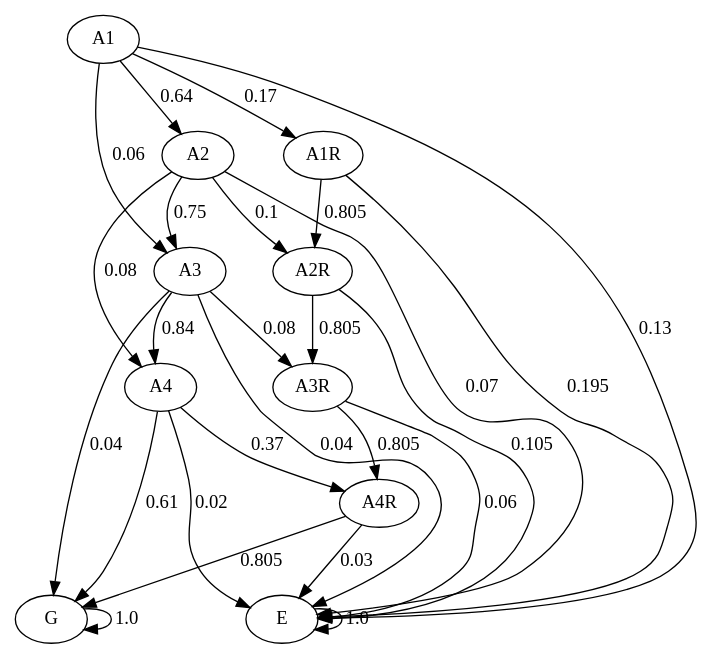
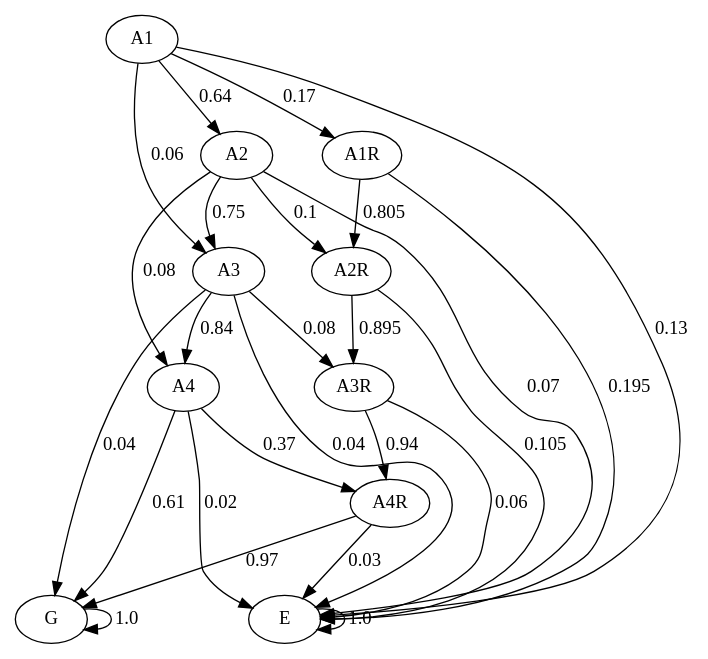
Before and after one commit to JulianaFerreira/educacao: the diagram in graph/markov.dot, drawn with Graphviz. The commit also changed 10 other files, not shown here.

```diff
--- a/graph/markov.dot
+++ b/graph/markov.dot
@@ -1,37 +1,37 @@
 digraph  {
 A1;
 A2;
 A3;
 A4;
 A1R;
 A2R;
 A3R;
 A4R;
 G;
 E;
 A1 -> A2  [key=0, label="0.64", weight="0.64"];
 A1 -> A3  [key=0, label="0.06", weight="0.06"];
 A1 -> A1R  [key=0, label="0.17", weight="0.17"];
 A1 -> E  [key=0, label="0.13", weight="0.13"];
 A2 -> A3  [key=0, label="0.75", weight="0.75"];
 A2 -> A4  [key=0, label="0.08", weight="0.08"];
 A2 -> A2R  [key=0, label="0.1", weight="0.1"];
 A2 -> E  [key=0, label="0.07", weight="0.07"];
 A3 -> A4  [key=0, label="0.84", weight="0.84"];
 A3 -> A3R  [key=0, label="0.08", weight="0.08"];
 A3 -> G  [key=0, label="0.04", weight="0.04"];
 A3 -> E  [key=0, label="0.04", weight="0.04"];
 A4 -> A4R  [key=0, label="0.37", weight="0.37"];
 A4 -> G  [key=0, label="0.61", weight="0.61"];
 A4 -> E  [key=0, label="0.02", weight="0.02"];
 A1R -> A2R  [key=0, label="0.805", weight="0.805"];
 A1R -> E  [key=0, label="0.195", weight="0.195"];
-A2R -> A3R  [key=0, label="0.805", weight="0.805"];
+A2R -> A3R  [key=0, label="0.895", weight="0.895"];
 A2R -> E  [key=0, label="0.105", weight="0.105"];
-A3R -> A4R  [key=0, label="0.805", weight="0.805"];
+A3R -> A4R  [key=0, label="0.94", weight="0.94"];
 A3R -> E  [key=0, label="0.06", weight="0.06"];
-A4R -> G  [key=0, label="0.805", weight="0.805"];
+A4R -> G  [key=0, label="0.97", weight="0.97"];
 A4R -> E  [key=0, label="0.03", weight="0.03"];
 G -> G  [key=0, label="1.0", weight="1.0"];
 E -> E  [key=0, label="1.0", weight="1.0"];
 }
```
